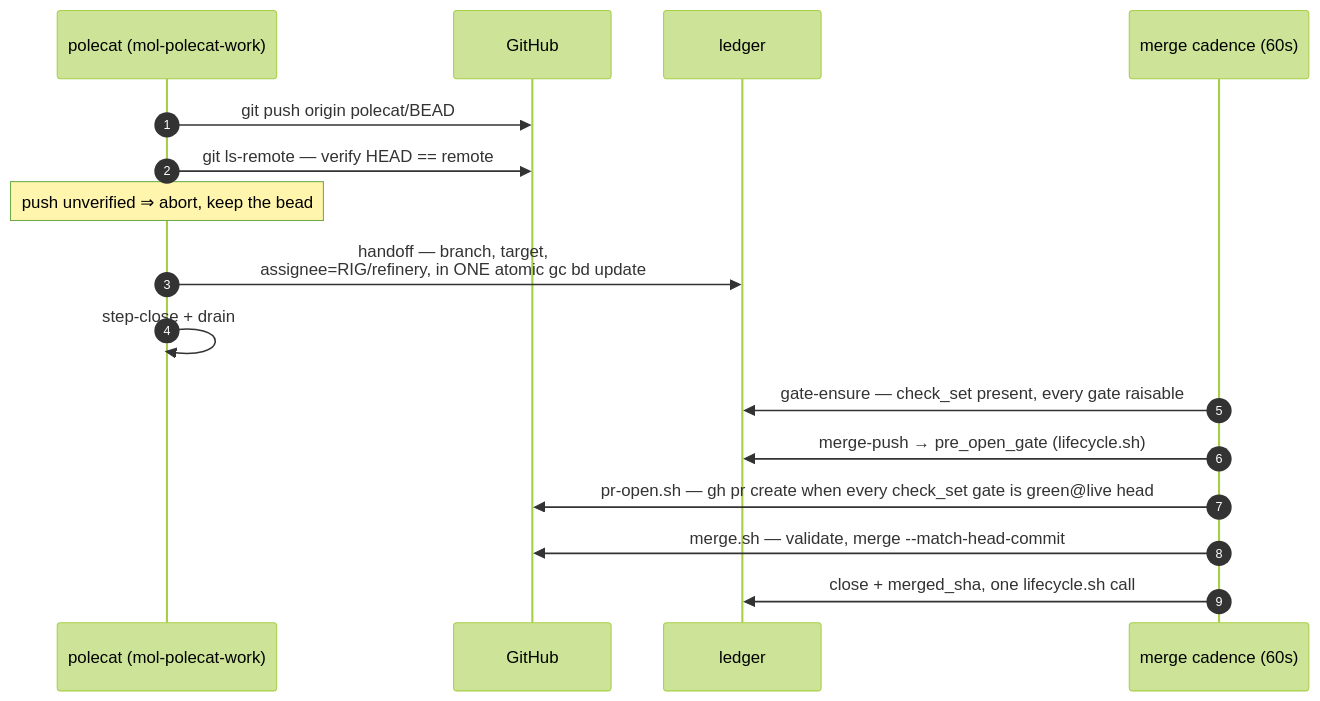
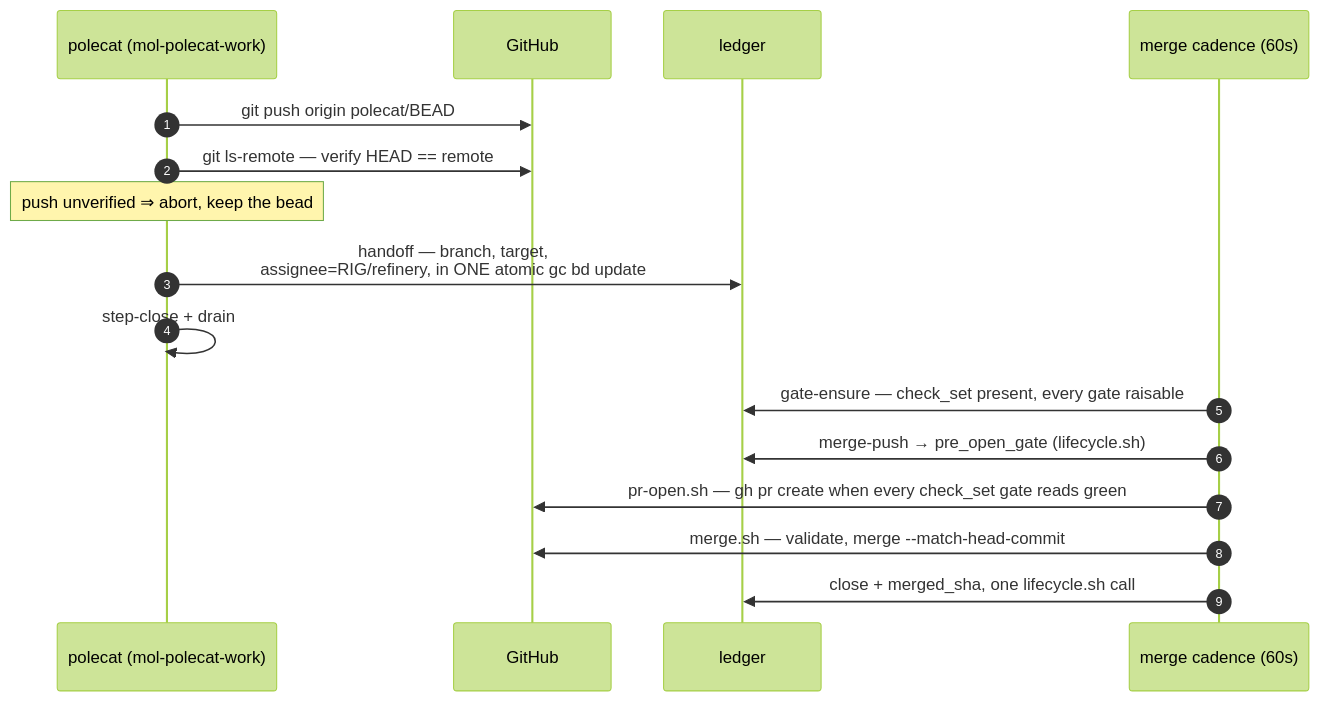
One commit to zookanalytics/gc-toolkit changed the second of 2 diagrams in docs/state-machine.md. Above: the diagram before and after it, drawn with Mermaid (forest theme). The commit also changed other lines of this file and 37 other files, not shown here.

````diff
--- a/docs/state-machine.md
+++ b/docs/state-machine.md
@@ -433,18 +432,18 @@
 ```mermaid
 sequenceDiagram
   autonumber
   participant P as polecat (mol-polecat-work)
   participant G as GitHub
   participant L as ledger
   participant C as merge cadence (60s)
   P->>G: git push origin polecat/BEAD
   P->>G: git ls-remote — verify HEAD == remote
   Note over P: push unverified ⇒ abort, keep the bead
   P->>L: handoff — branch, target,<br/>assignee=RIG/refinery, in ONE atomic gc bd update
   P->>P: step-close + drain
   C->>L: gate-ensure — check_set present, every gate raisable
   C->>L: merge-push → pre_open_gate (lifecycle.sh)
-  C->>G: pr-open.sh — gh pr create when every check_set gate is green@live head
+  C->>G: pr-open.sh — gh pr create when every check_set gate reads green
   C->>G: merge.sh — validate, merge --match-head-commit
   C->>L: close + merged_sha, one lifecycle.sh call
 ```
````
